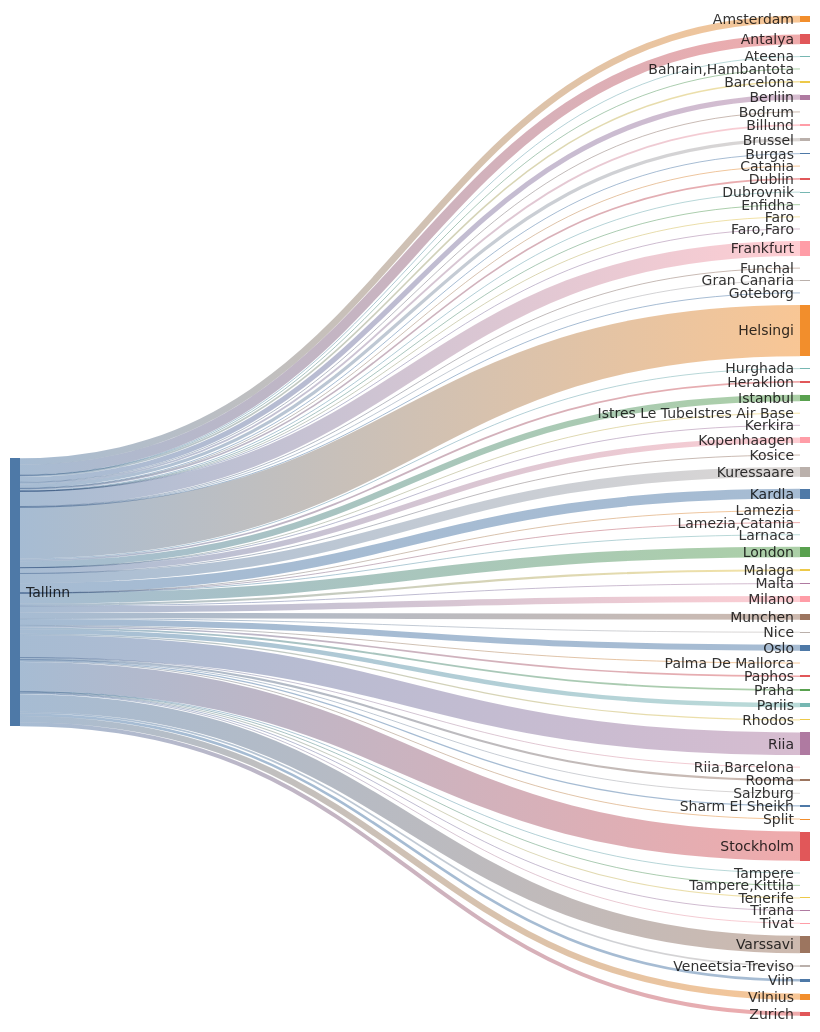
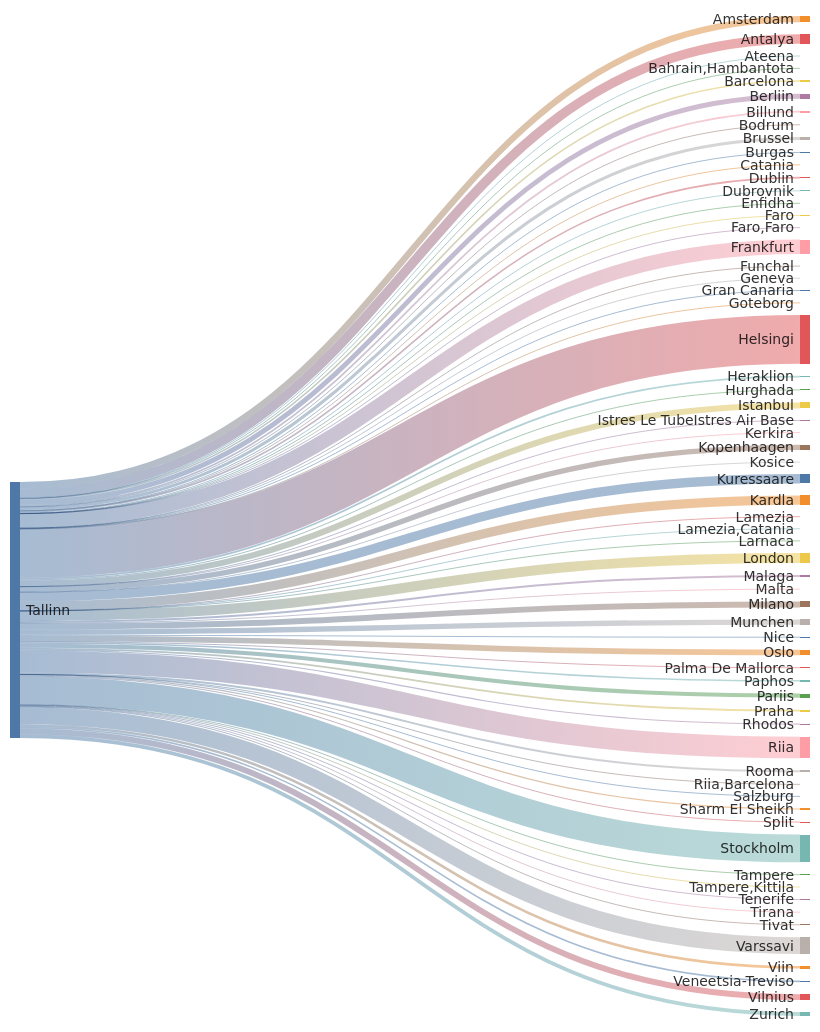
Before and after one commit to rainermesi/tll-airport-departures: the second of 2 diagrams in README.md, drawn with Mermaid. The commit also changed other lines of this file, not shown here.

````diff
--- a/README.md
+++ b/README.md
@@ -34,75 +34,76 @@
 ```mermaid
 ---
 config:
   sankey:
     showValues: false
     width: 800
     height: 1000
 ---
 sankey-beta
 %% source,target,value
-Tallinn,Amsterdam,174
-Tallinn,Antalya,259
+Tallinn,Amsterdam,175
+Tallinn,Antalya,260
 Tallinn,Ateena,16
 Tallinn,"Bahrain,Hambantota",1
 Tallinn,Barcelona,42
-Tallinn,Berliin,135
+Tallinn,Berliin,136
 Tallinn,Billund,49
 Tallinn,Bodrum,11
 Tallinn,Brussel,85
 Tallinn,Burgas,21
 Tallinn,Catania,2
-Tallinn,Dublin,42
+Tallinn,Dublin,43
 Tallinn,Dubrovnik,21
 Tallinn,Enfidha,7
 Tallinn,Faro,4
 Tallinn,"Faro,Faro",1
-Tallinn,Frankfurt,394
+Tallinn,Frankfurt,396
 Tallinn,Funchal,5
+Tallinn,Geneva,1
 Tallinn,Gran Canaria,18
 Tallinn,Goteborg,1
-Tallinn,Helsingi,1342
+Tallinn,Helsingi,1348
 Tallinn,Heraklion,46
-Tallinn,Hurghada,24
-Tallinn,Istanbul,166
+Tallinn,Hurghada,27
+Tallinn,Istanbul,167
 Tallinn,Istres Le TubeIstres Air Base,2
 Tallinn,Kerkira,4
-Tallinn,Kopenhaagen,148
+Tallinn,Kopenhaagen,149
 Tallinn,Kosice,1
-Tallinn,Kuressaare,255
-Tallinn,Kardla,255
+Tallinn,Kuressaare,256
+Tallinn,Kardla,256
 Tallinn,Lamezia,1
 Tallinn,"Lamezia,Catania",3
 Tallinn,Larnaca,4
-Tallinn,London,272
+Tallinn,London,274
 Tallinn,Malaga,55
 Tallinn,Malta,15
-Tallinn,Milano,163
-Tallinn,Munchen,147
+Tallinn,Milano,164
+Tallinn,Munchen,148
 Tallinn,Nice,25
 Tallinn,Oslo,157
 Tallinn,Palma De Mallorca,19
 Tallinn,Paphos,42
 Tallinn,Pariis,115
 Tallinn,Praha,49
 Tallinn,Rhodos,32
-Tallinn,Riia,593
+Tallinn,Riia,597
 Tallinn,"Riia,Barcelona",1
 Tallinn,Rooma,55
-Tallinn,Salzburg,1
+Tallinn,Salzburg,2
 Tallinn,Sharm El Sheikh,33
 Tallinn,Split,25
-Tallinn,Stockholm,765
+Tallinn,Stockholm,768
 Tallinn,Tampere,17
-Tallinn,"Tampere,Kittila",1
+Tallinn,"Tampere,Kittila",2
 Tallinn,Tenerife,27
 Tallinn,Tirana,8
 Tallinn,Tivat,26
-Tallinn,Varssavi,460
+Tallinn,Varssavi,463
 Tallinn,Veneetsia-Treviso,43
-Tallinn,Viin,69
+Tallinn,Viin,70
 Tallinn,Vilnius,163
-Tallinn,Zurich,105
+Tallinn,Zurich,106
 
 
 ```
````
